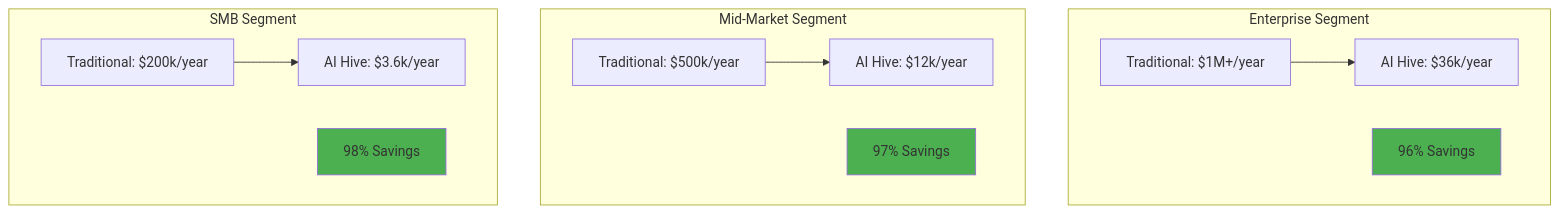
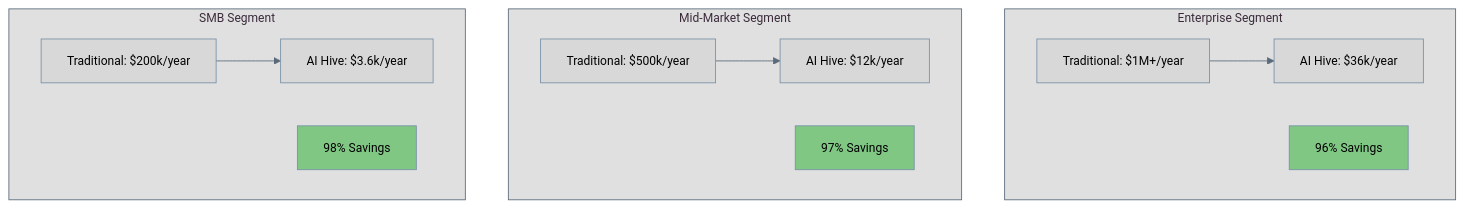
The fifth of 10 diagrams in business-documents/competitive-positioning/05-pricing-strategy.md (o2alexanderfedin/AI-Hive-Business-Docs), drawn with Mermaid before and after one commit. The commit also changed other lines of this file and 3 other files, not shown here.

First line of the commit message:
Fix Mermaid diagram syntax and styling

````diff
--- a/business-documents/competitive-positioning/05-pricing-strategy.md
+++ b/business-documents/competitive-positioning/05-pricing-strategy.md
@@ -196,28 +299,54 @@
 ```mermaid
+%%{init: {
+  'theme': 'base',
+  'themeVariables': {
+    'primaryColor': '#B8C8D8',
+    'primaryTextColor': '#000000',
+    'primaryBorderColor': '#7890A8',
+    'lineColor': '#5A6A7A',
+    'secondaryColor': '#D5C8B0',
+    'tertiaryColor': '#C5D5C5',
+    'background': '#FFFFFF',
+    'mainBkg': '#D8D8D8',
+    'secondBkg': '#C8C8C8',
+    'tertiaryBkg': '#B8B8B8',
+    'primaryFontFamily': 'Arial, sans-serif',
+    'fontSize': '14px',
+    'darkMode': false,
+    'nodeBkg': '#D5D5D5',
+    'nodeBorder': '#7890A8',
+    'clusterBkg': '#E0E0E0',
+    'clusterBorder': '#5A6A7A',
+    'defaultLinkColor': '#5A6A7A',
+    'textColor': '#000000',
+    'labelTextColor': '#000000',
+    'actorTextColor': '#000000'
+  }
+}}%%
 graph TD
     subgraph "Enterprise Segment"
         E1[Traditional: $1M+/year]
         E2[AI Hive: $36k/year]
         E3[96% Savings]
     end
 
     subgraph "Mid-Market Segment"
         M1[Traditional: $500k/year]
         M2[AI Hive: $12k/year]
         M3[97% Savings]
     end
 
     subgraph "SMB Segment"
         S1[Traditional: $200k/year]
         S2[AI Hive: $3.6k/year]
         S3[98% Savings]
     end
 
     E1 --> E2
     M1 --> M2
     S1 --> S2
 
-    style E3 fill:#4CAF50
-    style M3 fill:#4CAF50
-    style S3 fill:#4CAF50
+    style E3 fill:#81C784,color:#000000
+    style M3 fill:#81C784,color:#000000
+    style S3 fill:#81C784,color:#000000
 ```
````
